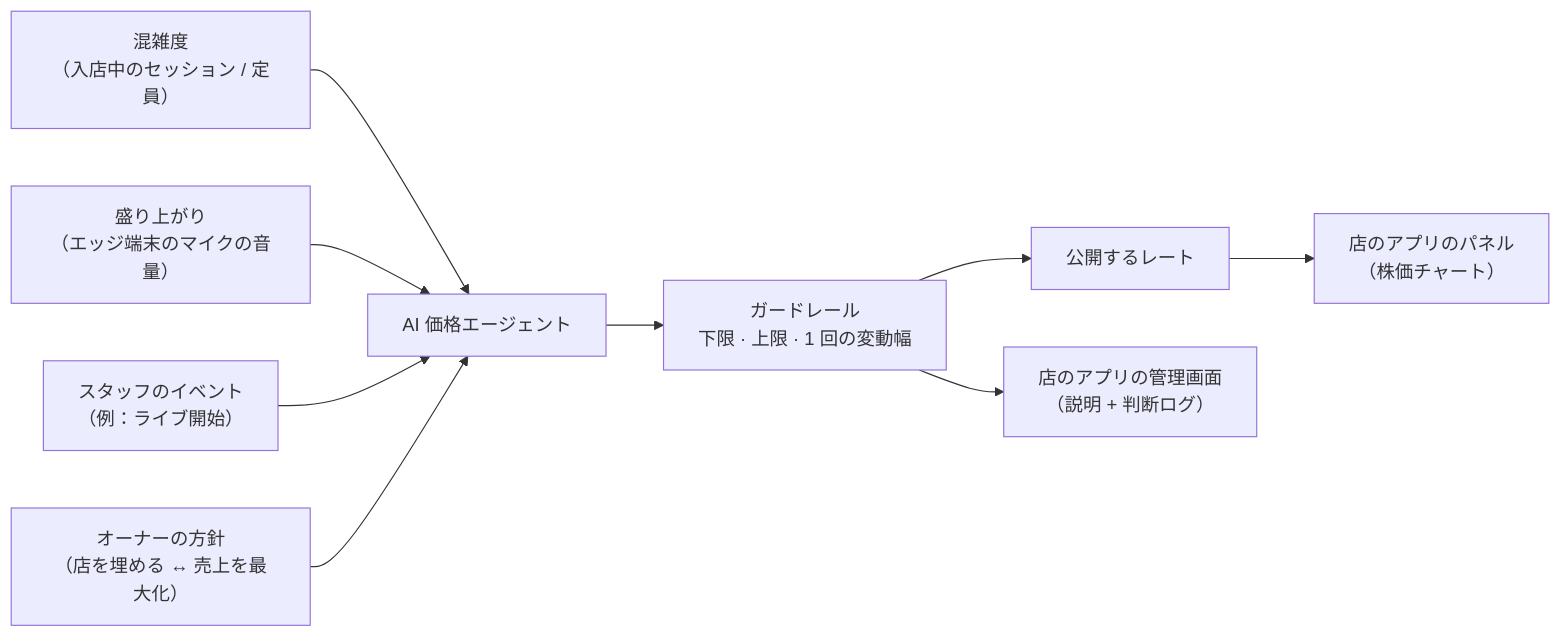
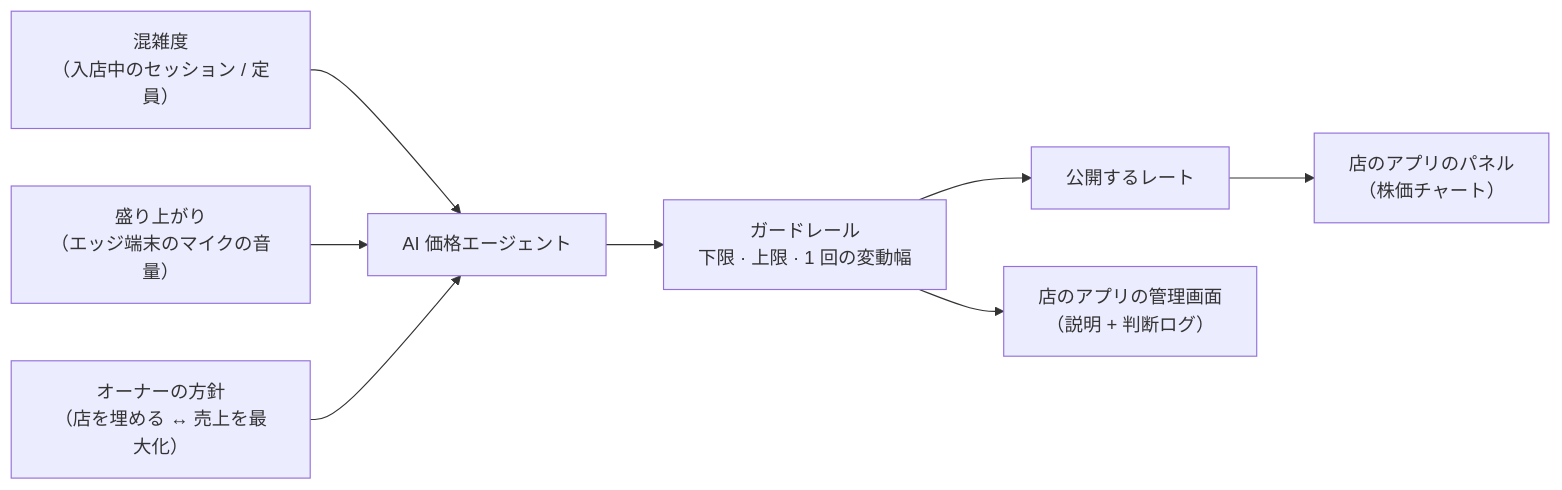
The second of 4 diagrams in docs/PRD.ja.md (sumiredc/barpay), drawn with Mermaid before and after one commit. The commit also changed other lines of this file and 18 other files, not shown here.

````diff
--- a/docs/PRD.ja.md
+++ b/docs/PRD.ja.md
@@ -95,11 +95,10 @@
 ```mermaid
 flowchart LR
   S1["混雑度<br/>（入店中のセッション / 定員）"] --> AI
   S2["盛り上がり<br/>（エッジ端末のマイクの音量）"] --> AI
-  S4["スタッフのイベント<br/>（例：ライブ開始）"] --> AI
   Goal["オーナーの方針<br/>（店を埋める ↔ 売上を最大化）"] --> AI
   AI["AI 価格エージェント"] --> G["ガードレール<br/>下限 · 上限 · 1 回の変動幅"]
   G --> P["公開するレート"]
   P --> C["店のアプリのパネル<br/>（株価チャート）"]
   G --> D["店のアプリの管理画面<br/>（説明 + 判断ログ）"]
 ```
````
